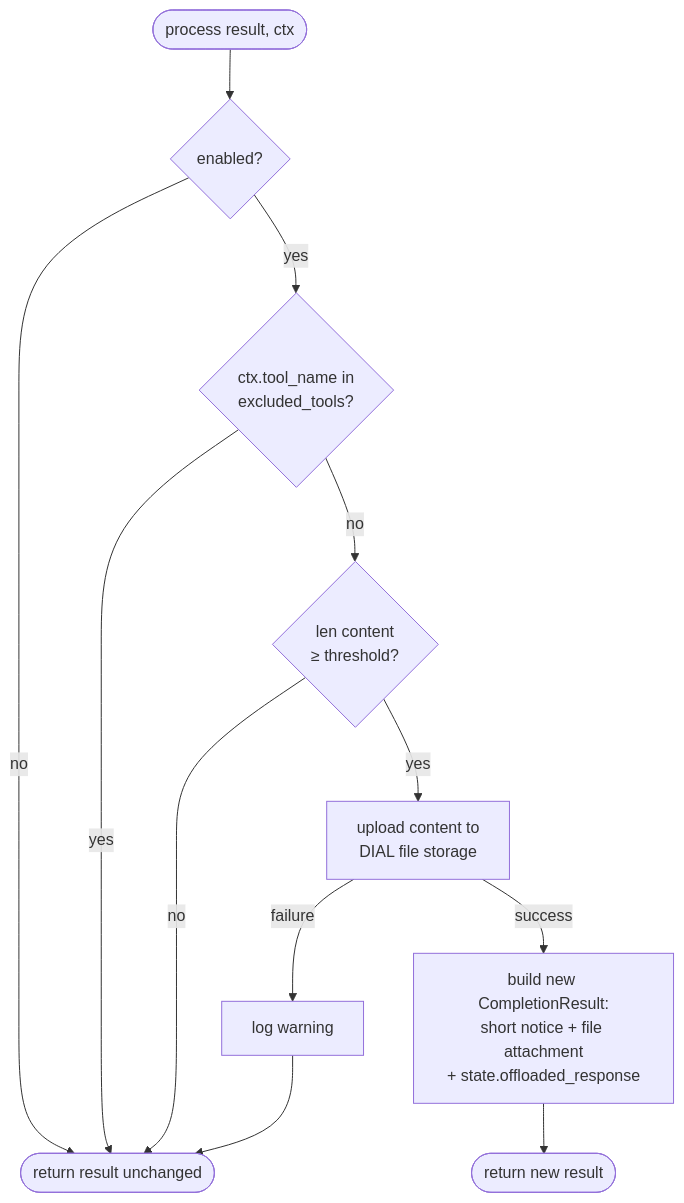
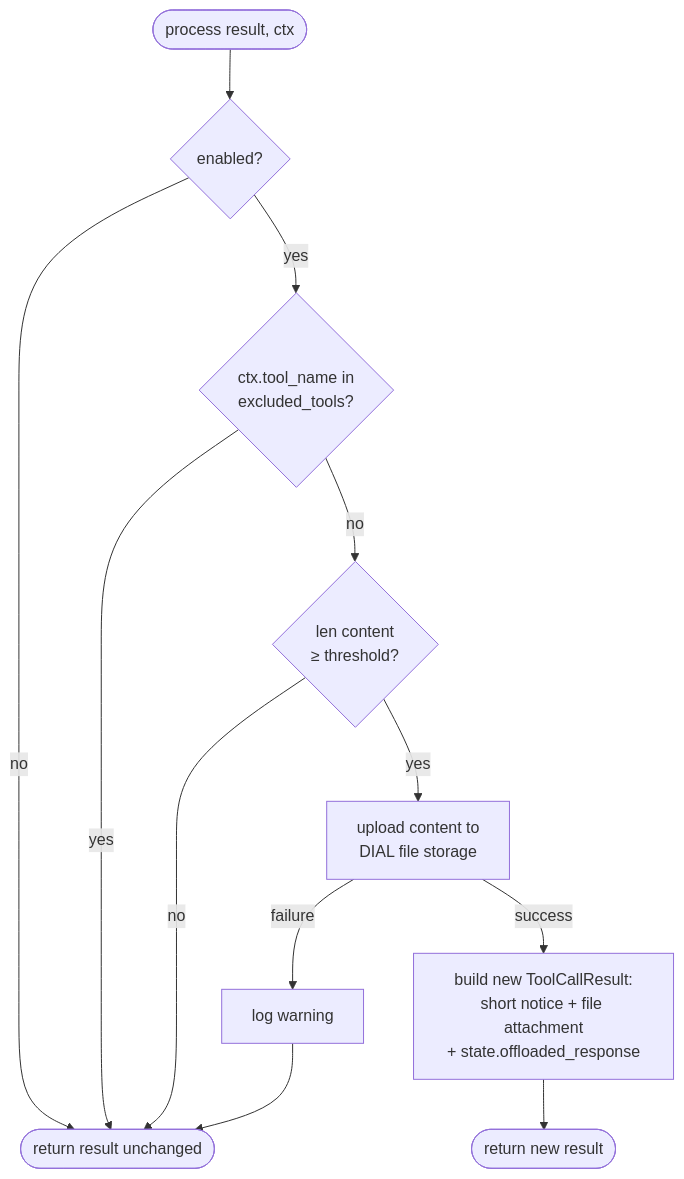
Before and after one commit to epam/ai-dial-quickapps-backend: the first of 4 diagrams in docs/designs/large_tool_responses.md, drawn with Mermaid. The commit also changed other lines of this file, not shown here.

First line of the commit message:
docs: update design for ToolCallResult rename and tool set decisions #64

````diff
--- a/docs/designs/large_tool_responses.md
+++ b/docs/designs/large_tool_responses.md
@@ -145,13 +145,13 @@
 ```mermaid
 flowchart TD
     Start([process result, ctx]) --> Enabled{enabled?}
     Enabled -- no --> ReturnAsIs([return result unchanged])
     Enabled -- yes --> Excluded{ctx.tool_name in<br/>excluded_tools?}
     Excluded -- yes --> ReturnAsIs
     Excluded -- no --> Size{len content<br/>≥ threshold?}
     Size -- no --> ReturnAsIs
     Size -- yes --> Upload[upload content to<br/>DIAL file storage]
     Upload -- failure --> Warn[log warning] --> ReturnAsIs
-    Upload -- success --> Build[build new CompletionResult:<br/>short notice + file attachment<br/>+ state.offloaded_response]
+    Upload -- success --> Build[build new ToolCallResult:<br/>short notice + file attachment<br/>+ state.offloaded_response]
     Build --> ReturnNew([return new result])
 ```
````
